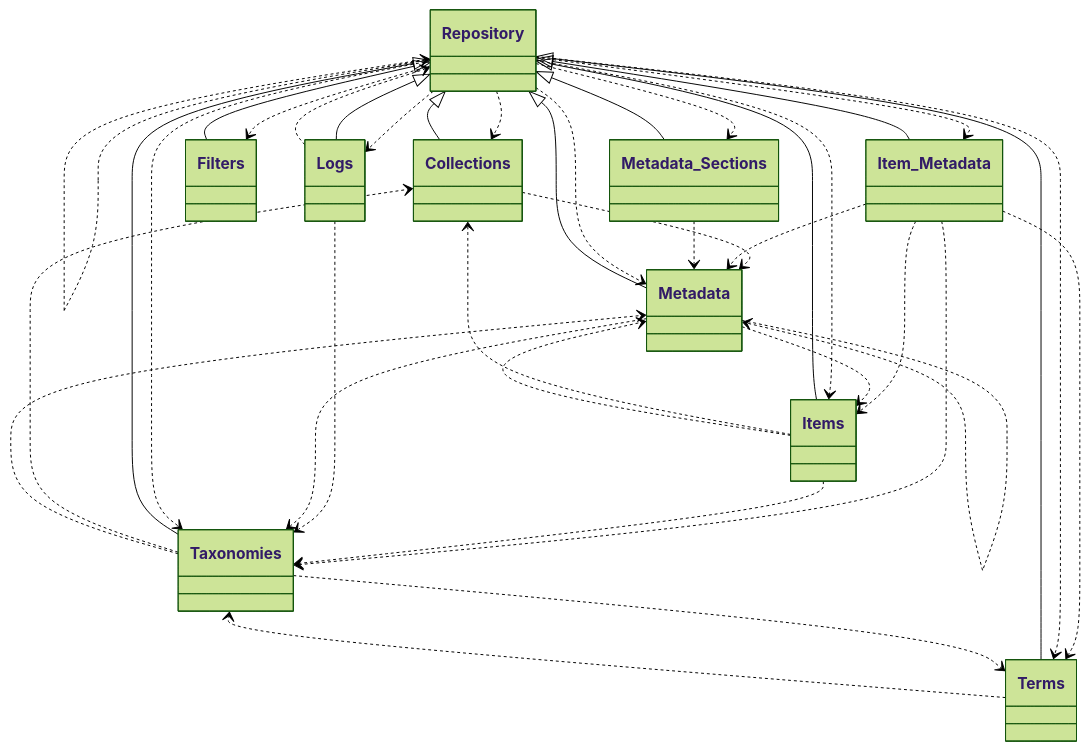
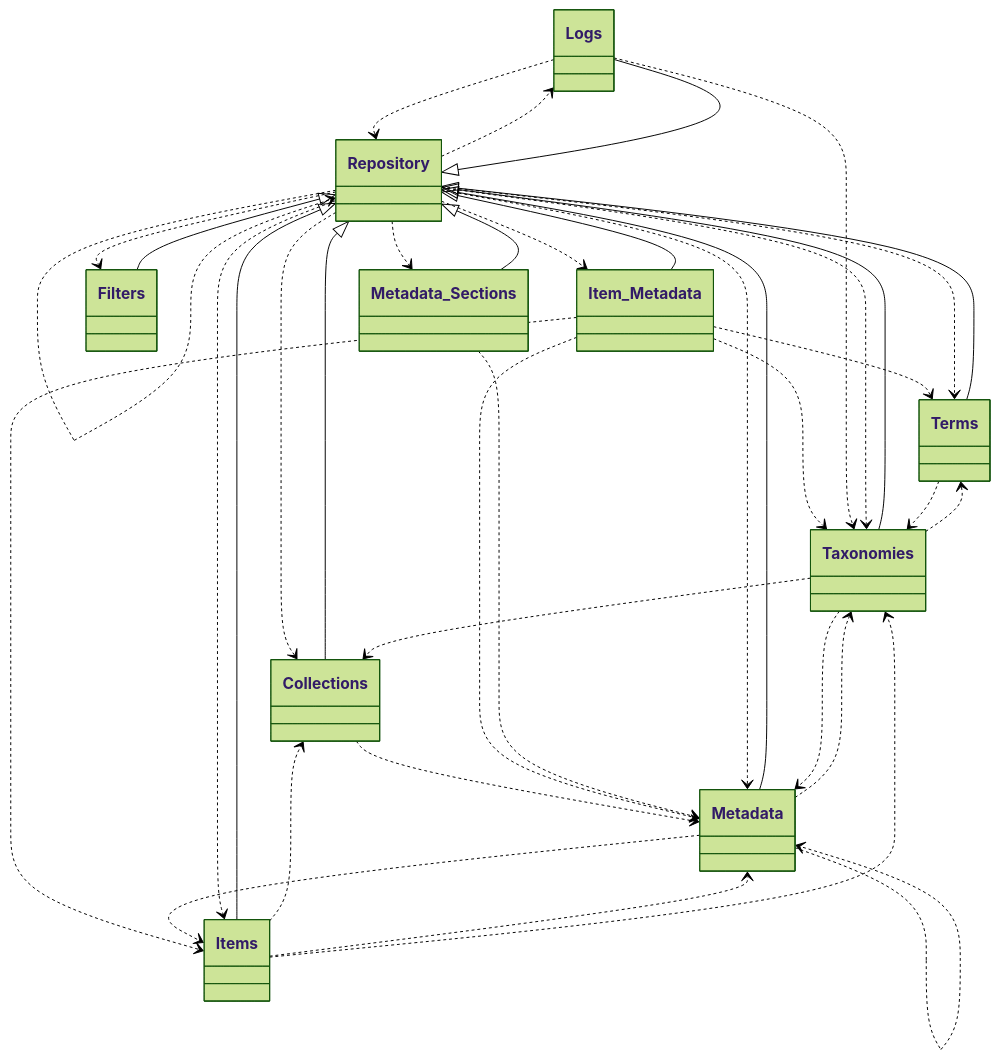
Before and after one commit to tainacan/tainacan: diagram 12 of 13 in docs/phpdoc/Home.md, drawn with Mermaid (forest theme). The commit also changed other lines of this file and 74 other files, not shown here.

````diff
--- a/docs/phpdoc/Home.md
+++ b/docs/phpdoc/Home.md
@@ -697,52 +697,52 @@
 ```mermaid
 classDiagram
     direction TB
+    class Terms { }
+    class Logs { }
+    class Item_Metadata { }
+    class Taxonomies { }
+    class Logs { }
+    class Items { }
+    class Filters { }
     class Repository { }
-    class Items { }
-    class Item_Metadata { }
-    class Logs { }
+    class Metadata { }
+    class Metadata_Sections { }
     class Collections { }
-    class Metadata_Sections { }
-    class Logs { }
-    class Filters { }
-    class Taxonomies { }
-    class Terms { }
-    class Metadata { }
     Collections ..> Metadata
     Item_Metadata ..> Items
     Item_Metadata ..> Metadata
     Item_Metadata ..> Taxonomies
     Item_Metadata ..> Terms
     Items ..> Collections
     Items ..> Metadata
     Items ..> Taxonomies
     Logs ..> Repository
     Logs ..> Taxonomies
     Metadata ..> Items
     Metadata ..> Metadata
     Metadata ..> Taxonomies
     Metadata_Sections ..> Metadata
     Repository ..> Collections
     Repository ..> Filters
     Repository ..> Item_Metadata
     Repository ..> Items
     Repository ..> Logs
     Repository ..> Metadata
     Repository ..> Metadata_Sections
     Repository ..> Repository
     Repository ..> Taxonomies
     Repository ..> Terms
     Repository <|-- Collections
     Repository <|-- Filters
     Repository <|-- Item_Metadata
     Repository <|-- Items
     Repository <|-- Logs
     Repository <|-- Metadata
     Repository <|-- Metadata_Sections
     Repository <|-- Taxonomies
     Repository <|-- Terms
     Taxonomies ..> Collections
     Taxonomies ..> Metadata
     Taxonomies ..> Terms
     Terms ..> Taxonomies
 ```
````
